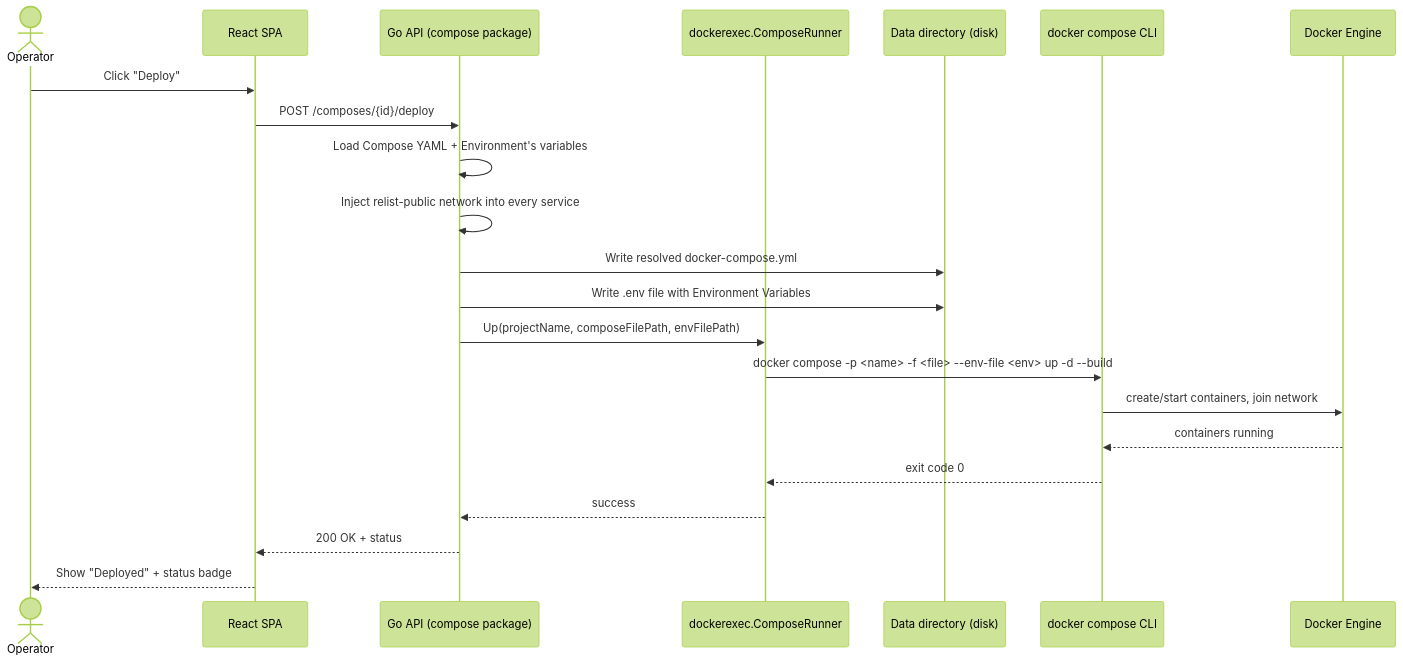
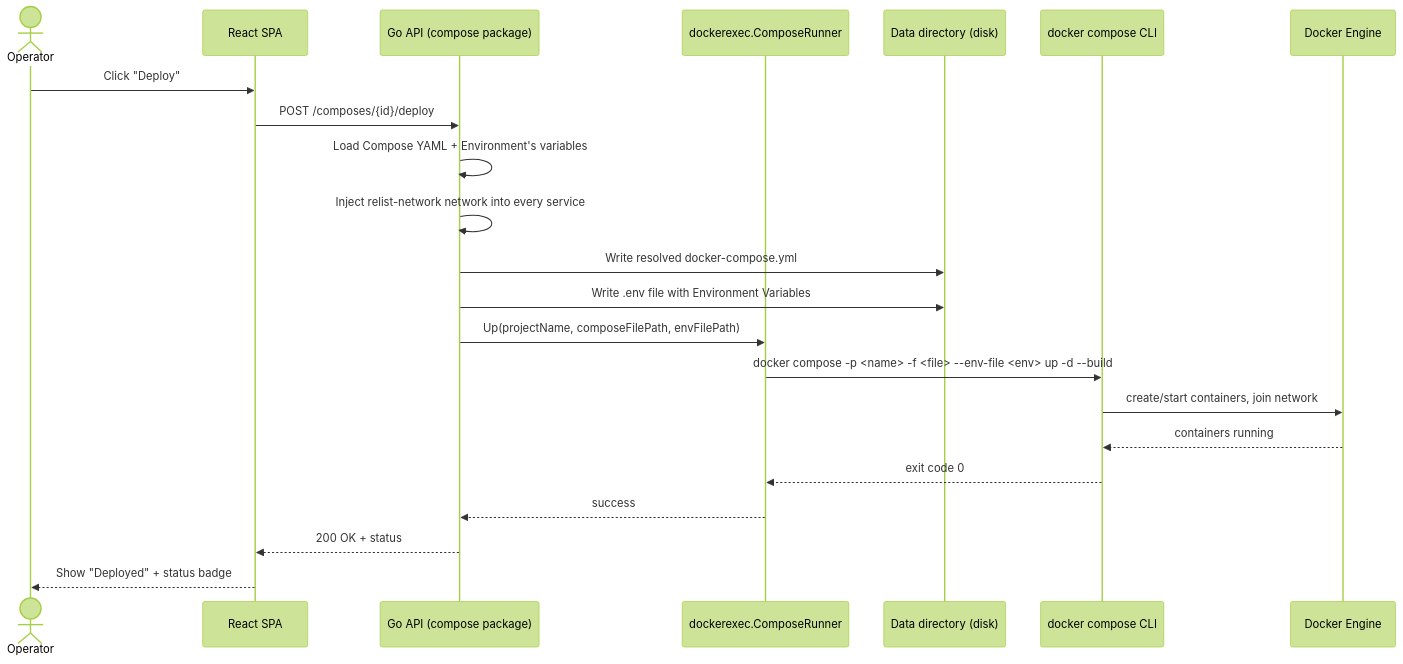
Before and after one commit to relist/relist-panel: the sixth of 6 diagrams in docs/sa.md, drawn with Mermaid (forest theme). The commit also changed other lines of this file and 5 other files, not shown here.

First line of the commit message:
chore: rename shared docker network to relist-network

````diff
--- a/docs/sa.md
+++ b/docs/sa.md
@@ -184,25 +184,25 @@
 ```mermaid
 sequenceDiagram
     actor Op as Operator
     participant UI as React SPA
     participant API as Go API (compose package)
     participant Runner as dockerexec.ComposeRunner
     participant FS as Data directory (disk)
     participant CLI as docker compose CLI
     participant DE as Docker Engine
 
     Op->>UI: Click "Deploy"
     UI->>API: POST /composes/{id}/deploy
     API->>API: Load Compose YAML + Environment's variables
-    API->>API: Inject relist-public network into every service
+    API->>API: Inject relist-network network into every service
     API->>FS: Write resolved docker-compose.yml
     API->>FS: Write .env file with Environment Variables
     API->>Runner: Up(projectName, composeFilePath, envFilePath)
     Runner->>CLI: docker compose -p <name> -f <file> --env-file <env> up -d --build
     CLI->>DE: create/start containers, join network
     DE-->>CLI: containers running
     CLI-->>Runner: exit code 0
     Runner-->>API: success
     API-->>UI: 200 OK + status
     UI-->>Op: Show "Deployed" + status badge
 ```
````
